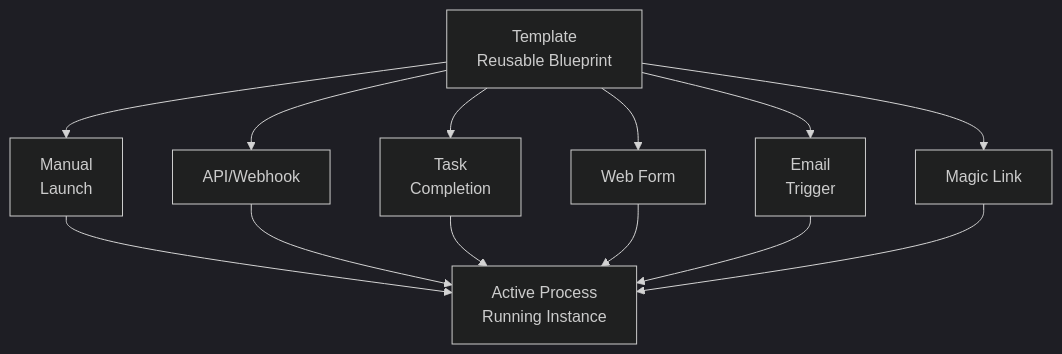
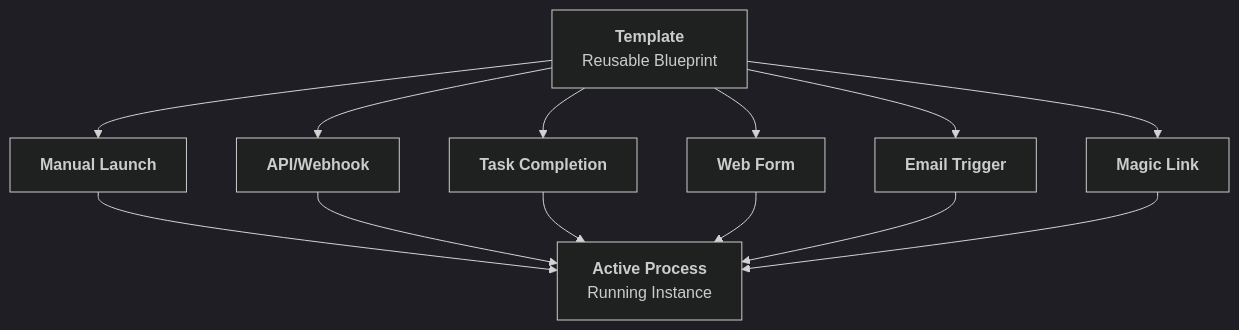
Before and after one commit to tallyfy/documentation: the diagram in src/content/docs/pro/launching/index.mdx, drawn with Mermaid (dark theme). The commit also changed 22 other files, not shown here.

Commit message:
Adding changes to Mermaid

````diff
--- a/src/content/docs/pro/launching/index.mdx
+++ b/src/content/docs/pro/launching/index.mdx
@@ -56,27 +56,29 @@
 ```mermaid
 flowchart TD
-    Template[Template<br/>Reusable Blueprint]
+    Template["`**Template**
+    Reusable Blueprint`"]
     
-    Template --> Manual[Manual<br/>Launch]
-    Template --> API[API/Webhook]
-    Template --> Cascade[Task<br/>Completion]
-    Template --> WebForm[Web Form]
-    Template --> Email[Email<br/>Trigger]
-    Template --> Magic[Magic Link]
+    Template --> Manual["`**Manual Launch**`"]
+    Template --> API["`**API/Webhook**`"]
+    Template --> Cascade["`**Task Completion**`"]
+    Template --> WebForm["`**Web Form**`"]
+    Template --> Email["`**Email Trigger**`"]
+    Template --> Magic["`**Magic Link**`"]
     
     Manual --> Process
     API --> Process
     Cascade --> Process
     WebForm --> Process
     Email --> Process
     Magic --> Process
     
-    Process[Active Process<br/>Running Instance]
+    Process["`**Active Process**
+    Running Instance`"]
     
     click Manual "/products/pro/launching/how-can-i-launch-a-process-in-tallyfy/" "Manual launching guide"
     click Template "/products/pro/documenting/templates/" "Templates overview"
     click Process "/products/pro/tracking-and-tasks/processes/" "Processes overview"
     click API "/products/pro/integrations/open-api/" "API documentation"
     click WebForm "/products/pro/launching/launch-triggers/form-submission/" "Form triggers"
     click Email "/products/pro/launching/launch-triggers/email-triggers/" "Email triggers"
 ```
````
